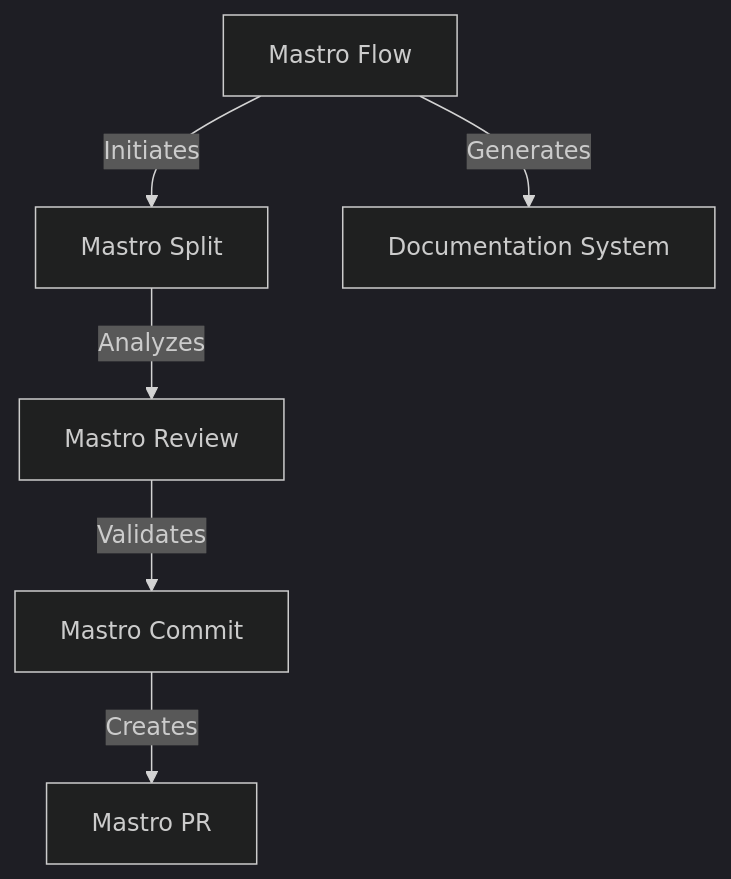
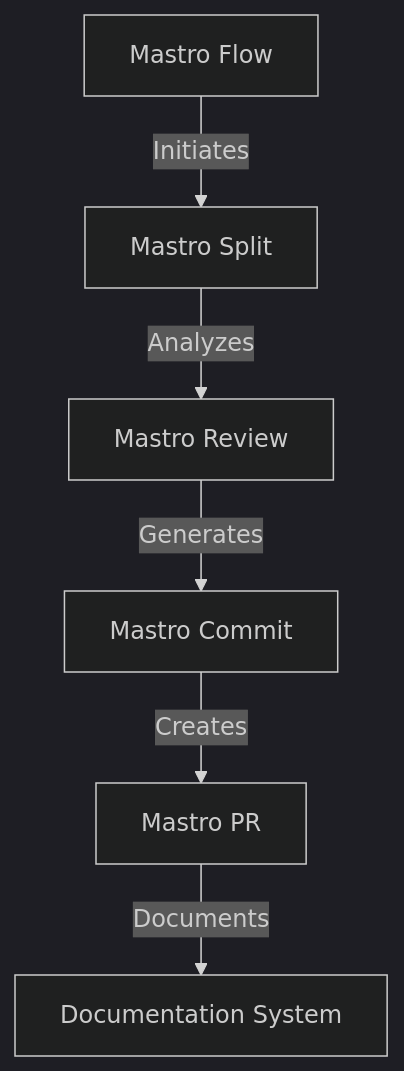
The second of 3 diagrams in docs/ARCHITECTURE.md (geogoesbeepboop/mastro), drawn with Mermaid (dark theme) before and after one commit. The commit also changed other lines of this file and 6 other files, not shown here.

````diff
--- a/docs/ARCHITECTURE.md
+++ b/docs/ARCHITECTURE.md
@@ -135,8 +136,8 @@
 ```mermaid
 graph TD;
     A[Mastro Flow] -->|Initiates| B[Mastro Split];
     B -->|Analyzes| C[Mastro Review];
-    C -->|Validates| D[Mastro Commit];
+    C -->|Generates| D[Mastro Commit];
     D -->|Creates| E[Mastro PR];
-    A -->|Generates| F[Documentation System];
+    E -->|Documents| F[Documentation System];
 ```
````
